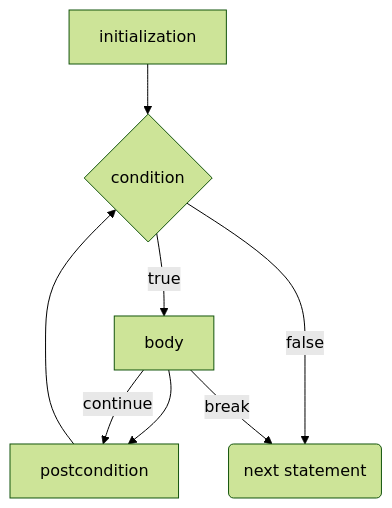
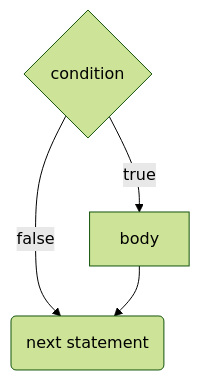
One commit to Allen-B1/java-lessons changed the first of 3 diagrams in java/C3.md. Above: the diagram before and after it, drawn with Mermaid (forest theme). The commit also changed other lines of this file and 14 other files, not shown here.

````diff
--- a/java/C3.md
+++ b/java/C3.md
@@ -12,10 +12,6 @@
 ```mermaid
 graph TD
-init[initialization] --> cond{condition}
-cond --> |true| body
-body --> post[postcondition]
-post --> cond
-cond --> |false| next("next statement")
-body --> |break| next
-body --> |continue| post
+condition{"condition"} --> |true| body["body"]
+condition --> |false| next("next statement")
+body --> next
 ```
````
